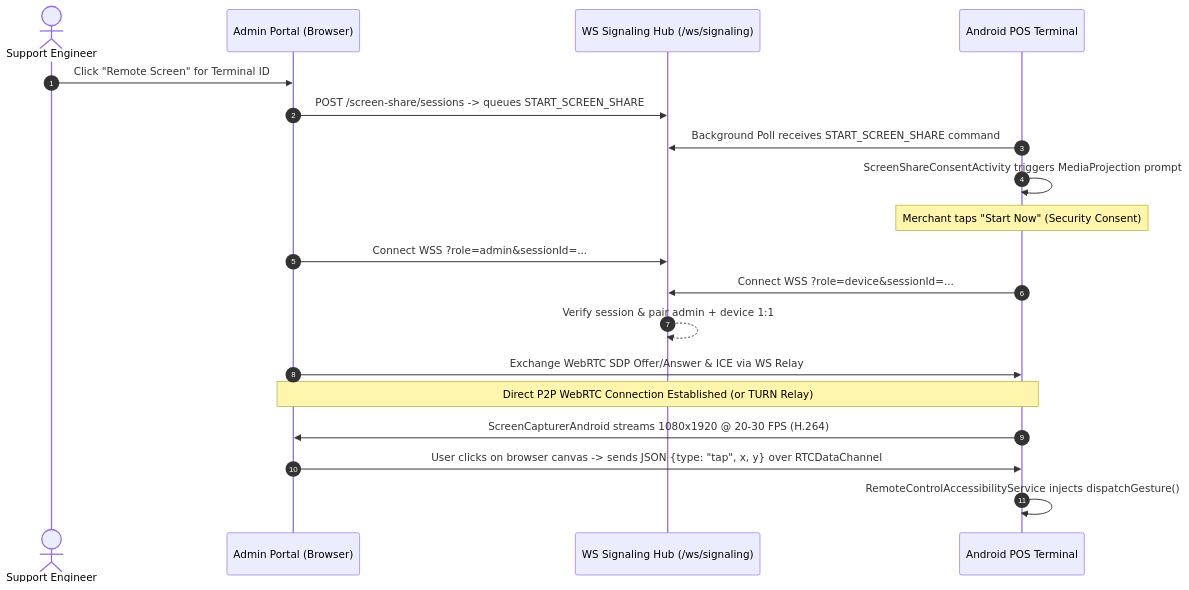
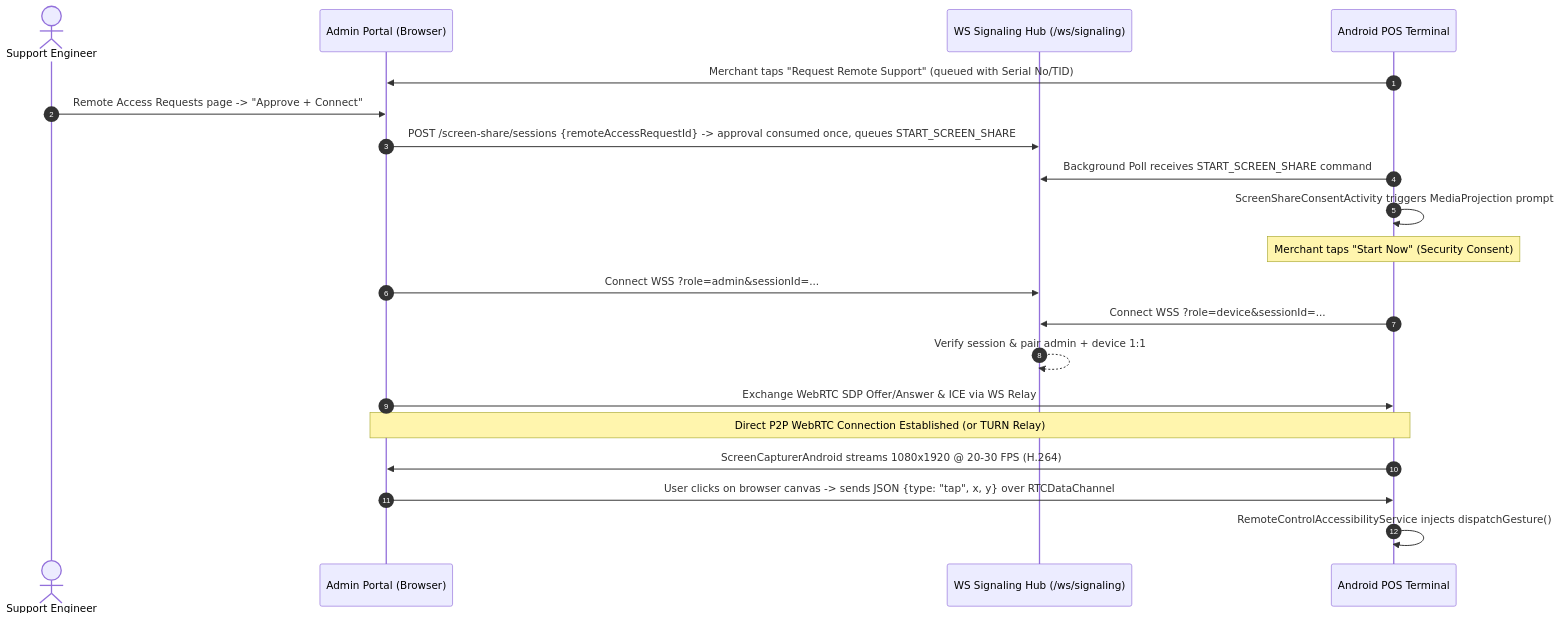
Before and after one commit to vpvijayanand/appstore: the second of 2 diagrams in project_document.md, drawn with Mermaid. The commit also changed 3 other files, not shown here.

Commit message:
docs: document device-initiated remote access flow and production update steps

````diff
--- a/project_document.md
+++ b/project_document.md
@@ -357,22 +357,23 @@
 ```mermaid
 sequenceDiagram
     autonumber
     actor Support as Support Engineer
     participant Admin as Admin Portal (Browser)
     participant Relay as WS Signaling Hub (/ws/signaling)
     participant POS as Android POS Terminal
 
-    Support->>Admin: Click "Remote Screen" for Terminal ID
-    Admin->>Relay: POST /screen-share/sessions -> queues START_SCREEN_SHARE
+    POS->>Admin: Merchant taps "Request Remote Support" (queued with Serial No/TID)
+    Support->>Admin: Remote Access Requests page -> "Approve + Connect"
+    Admin->>Relay: POST /screen-share/sessions {remoteAccessRequestId} -> approval consumed once, queues START_SCREEN_SHARE
     POS->>Relay: Background Poll receives START_SCREEN_SHARE command
     POS->>POS: ScreenShareConsentActivity triggers MediaProjection prompt
     Note over POS: Merchant taps "Start Now" (Security Consent)
     Admin->>Relay: Connect WSS ?role=admin&sessionId=...
     POS->>Relay: Connect WSS ?role=device&sessionId=...
     Relay-->>Relay: Verify session & pair admin + device 1:1
     Admin->>POS: Exchange WebRTC SDP Offer/Answer & ICE via WS Relay
     Note over Admin,POS: Direct P2P WebRTC Connection Established (or TURN Relay)
     POS->>Admin: ScreenCapturerAndroid streams 1080x1920 @ 20-30 FPS (H.264)
     Admin->>POS: User clicks on browser canvas -> sends JSON {type: "tap", x, y} over RTCDataChannel
     POS->>POS: RemoteControlAccessibilityService injects dispatchGesture()
 ```
````
